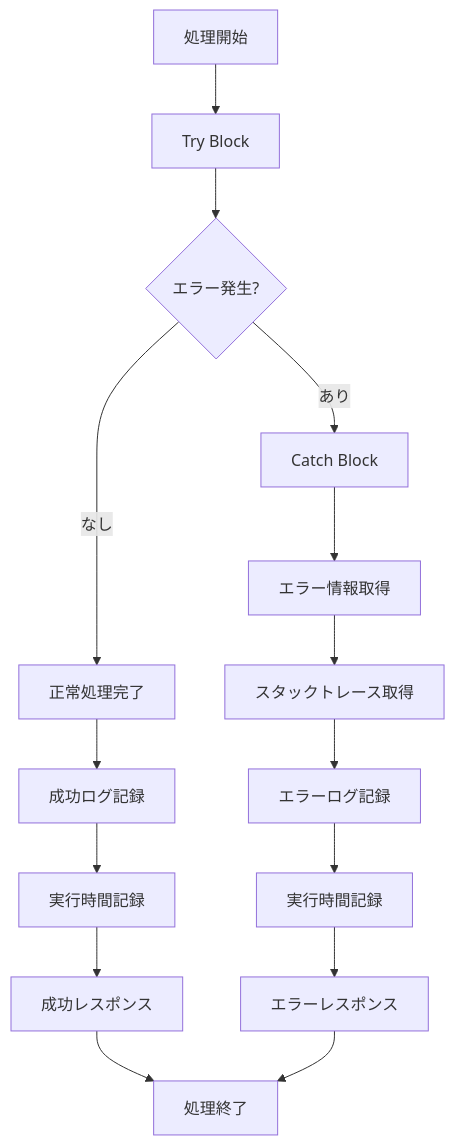
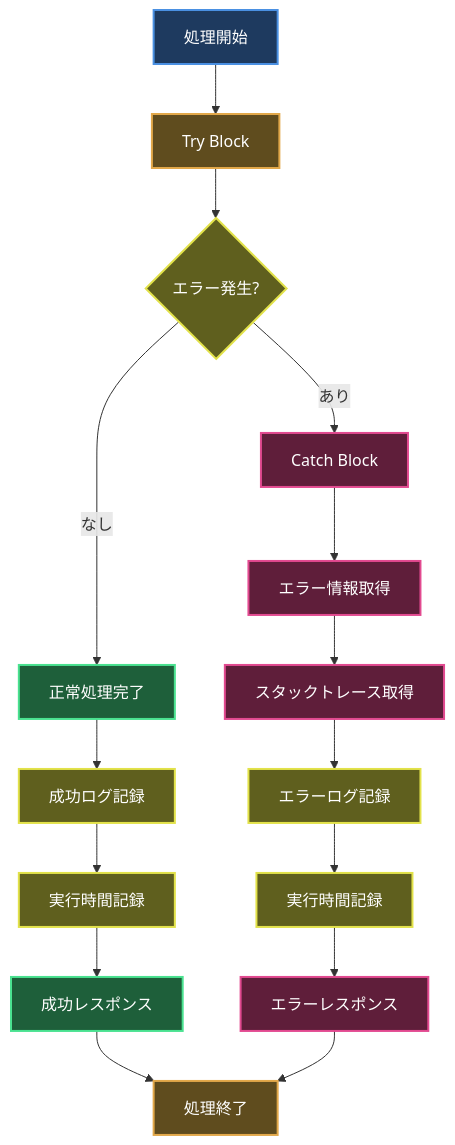
Before and after one commit to tasai-lab/appsheet-gas-automation: the fourth of 8 diagrams in gas_projects/Appsheet_営業_音声記録/FLOW.md, drawn with Mermaid. The commit also changed other lines of this file, not shown here.

````diff
--- a/gas_projects/Appsheet_営業_音声記録/FLOW.md
+++ b/gas_projects/Appsheet_営業_音声記録/FLOW.md
@@ -94,20 +129,36 @@
 ```mermaid
 flowchart TD
     A[処理開始] --> B[Try Block]
     B --> C{エラー発生?}
     
     C -->|なし| D[正常処理完了]
     D --> E[成功ログ記録]
     E --> F[実行時間記録]
     F --> G[成功レスポンス]
     
     C -->|あり| H[Catch Block]
     H --> I[エラー情報取得]
     I --> J[スタックトレース取得]
     J --> K[エラーログ記録]
     K --> L[実行時間記録]
     L --> M[エラーレスポンス]
     
     G --> N[処理終了]
     M --> N
+    
+    %% スタイル定義（ダークモード対応）
+    style A fill:#1e3a5f,stroke:#4a90e2,stroke-width:2px,color:#fff
+    style B fill:#5f4c1e,stroke:#e2a84a,stroke-width:2px,color:#fff
+    style C fill:#5f5f1e,stroke:#e2e24a,stroke-width:2px,color:#fff
+    style D fill:#1e5f3a,stroke:#4ae290,stroke-width:2px,color:#fff
+    style E fill:#5f5f1e,stroke:#e2e24a,stroke-width:2px,color:#fff
+    style F fill:#5f5f1e,stroke:#e2e24a,stroke-width:2px,color:#fff
+    style G fill:#1e5f3a,stroke:#4ae290,stroke-width:2px,color:#fff
+    style H fill:#5f1e3a,stroke:#e24a90,stroke-width:2px,color:#fff
+    style I fill:#5f1e3a,stroke:#e24a90,stroke-width:2px,color:#fff
+    style J fill:#5f1e3a,stroke:#e24a90,stroke-width:2px,color:#fff
+    style K fill:#5f5f1e,stroke:#e2e24a,stroke-width:2px,color:#fff
+    style L fill:#5f5f1e,stroke:#e2e24a,stroke-width:2px,color:#fff
+    style M fill:#5f1e3a,stroke:#e24a90,stroke-width:2px,color:#fff
+    style N fill:#5f4c1e,stroke:#e2a84a,stroke-width:2px,color:#fff
 ```
````
